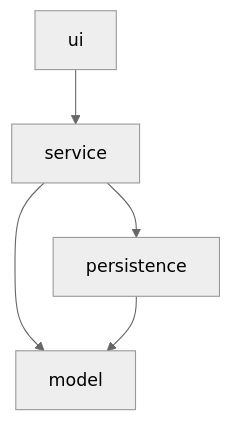
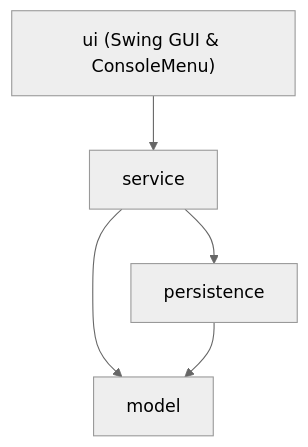
One commit to mlanderoc/Taller-2-GameZoneUnicesar- changed the diagram in README.md. Above: the diagram before and after it, drawn with Mermaid (neutral theme). The commit also changed other lines of this file and 2 other files, not shown here.

````diff
--- a/README.md
+++ b/README.md
@@ -22,7 +22,7 @@
 ```mermaid
 flowchart TD
-    UI["ui"] --> SERVICE["service"]
+    UI["ui (Swing GUI & ConsoleMenu)"] --> SERVICE["service"]
     SERVICE --> PERSISTENCE["persistence"]
     SERVICE --> MODEL["model"]
     PERSISTENCE --> MODEL
 ```
````
